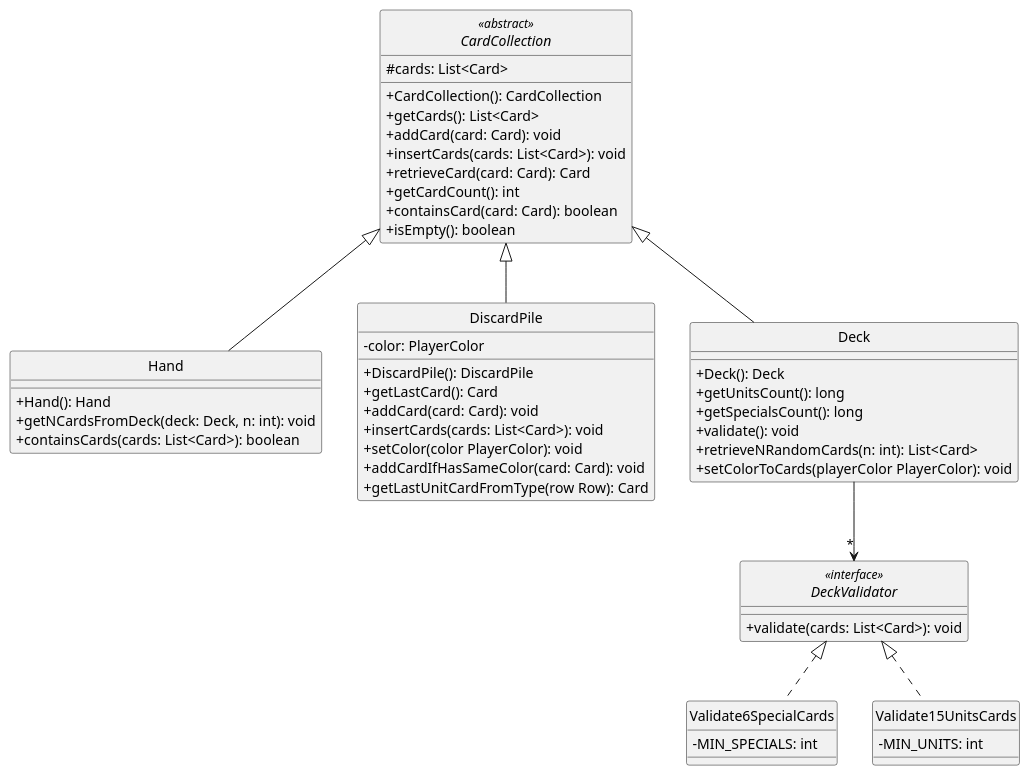
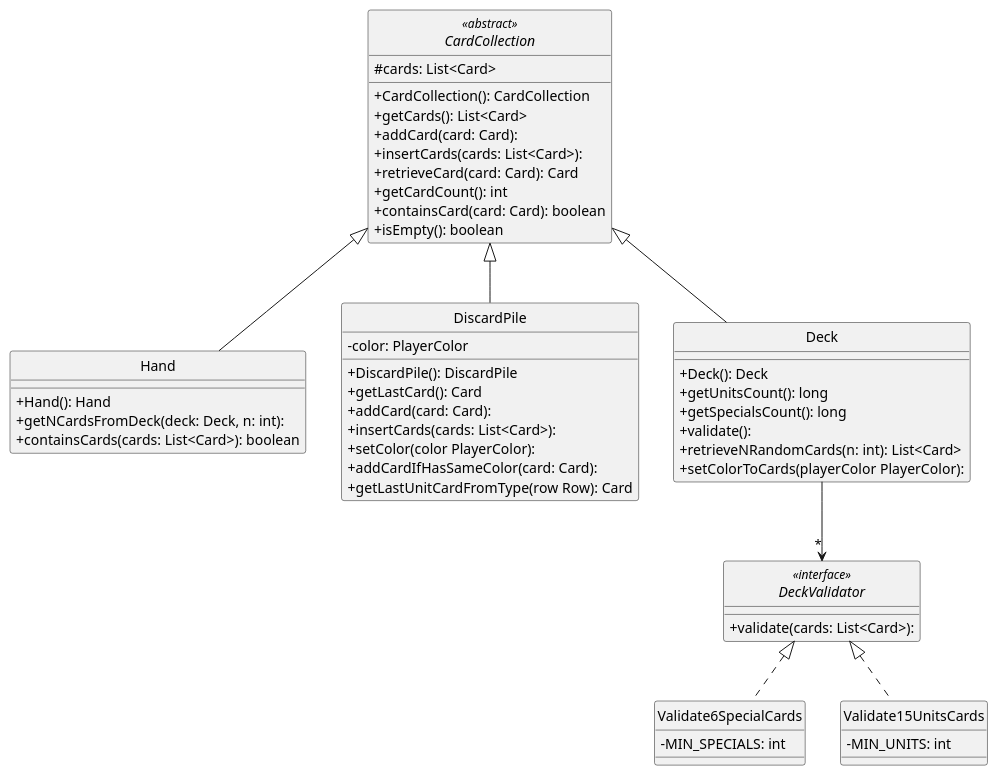
Before and after one commit to Yonhir/algo3_proyecto_base_tp2: the diagram in diagrams/classes/cardCollection.puml, drawn with PlantUML. The commit also changed 1 other file, not shown here.

Commit message:
elimino void de diagramas

```diff
--- a/diagrams/classes/cardCollection.puml
+++ b/diagrams/classes/cardCollection.puml
@@ -1,70 +1,70 @@
 @startuml
 
 skinparam monochrome true
 hide circle
 skinparam classAttributeIconSize 0
 
 
 abstract class CardCollection <<abstract>> {
   #cards: List<Card>
   +CardCollection(): CardCollection
   +getCards(): List<Card>
-  +addCard(card: Card): void
-  +insertCards(cards: List<Card>): void
+  +addCard(card: Card):
+  +insertCards(cards: List<Card>): 
   +retrieveCard(card: Card): Card
   +getCardCount(): int
   +containsCard(card: Card): boolean
   +isEmpty(): boolean
 }
 
 class Hand {
   +Hand(): Hand
-  +getNCardsFromDeck(deck: Deck, n: int): void
+  +getNCardsFromDeck(deck: Deck, n: int):
   +containsCards(cards: List<Card>): boolean
 }
 
 class DiscardPile {
   -color: PlayerColor
   +DiscardPile(): DiscardPile
   +getLastCard(): Card
-  +addCard(card: Card): void
-  +insertCards(cards: List<Card>): void
-  +setColor(color PlayerColor): void
-  +addCardIfHasSameColor(card: Card): void
+  +addCard(card: Card):
+  +insertCards(cards: List<Card>):
+  +setColor(color PlayerColor):
+  +addCardIfHasSameColor(card: Card):
   +getLastUnitCardFromType(row Row): Card
 }
 
 class Deck {
   +Deck(): Deck
   +getUnitsCount(): long
   +getSpecialsCount(): long
-  +validate(): void
+  +validate():
   +retrieveNRandomCards(n: int): List<Card>
-  +setColorToCards(playerColor PlayerColor): void
+  +setColorToCards(playerColor PlayerColor):
 }
 
 interface DeckValidator <<interface>> {
-  +validate(cards: List<Card>): void
+  +validate(cards: List<Card>):
 }
 
 class Validate6SpecialCards {
   -MIN_SPECIALS: int
 }
 
 class Validate15UnitsCards {
   -MIN_UNITS: int
 }
 
 
 CardCollection <|-- Hand
 CardCollection <|-- DiscardPile
 CardCollection <|-- Deck
 
 
 Deck --> "*" DeckValidator
 DeckValidator <|.. Validate6SpecialCards
 DeckValidator <|.. Validate15UnitsCards
 
 
 
 @enduml
```
